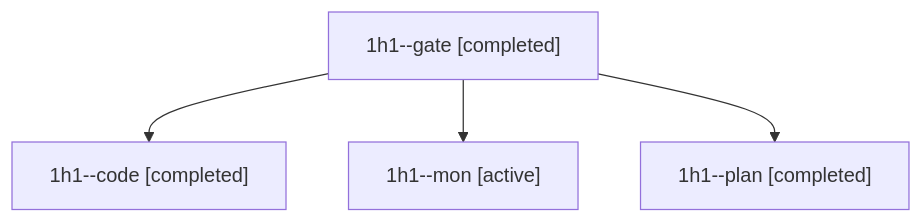
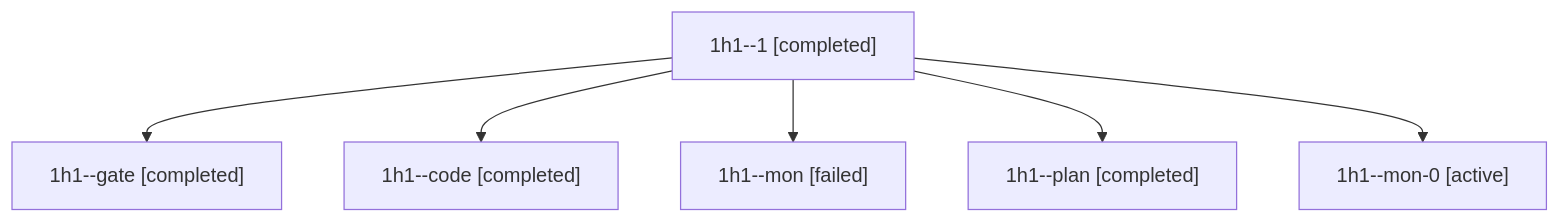
The diagram in sessions/bbugyi200.athena.1h1.md (bobs-org/bob-cli--agents), drawn with Mermaid before and after one commit. The commit also changed other lines of this file and 23 other files, not shown here.

````diff
--- a/sessions/bbugyi200.athena.1h1.md
+++ b/sessions/bbugyi200.athena.1h1.md
@@ -9,10 +9,14 @@
 ```mermaid
 flowchart TD
-  n0["1h1--gate [completed]"]
-  n1["1h1--code [completed]"]
+  n0["1h1--1 [completed]"]
+  n1["1h1--gate [completed]"]
   n0 --> n1
-  n2["1h1--mon [active]"]
+  n2["1h1--code [completed]"]
   n0 --> n2
-  n3["1h1--plan [completed]"]
+  n3["1h1--mon [failed]"]
   n0 --> n3
+  n4["1h1--plan [completed]"]
+  n0 --> n4
+  n5["1h1--mon-0 [active]"]
+  n0 --> n5
 ```
````
